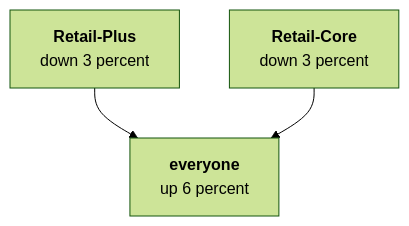
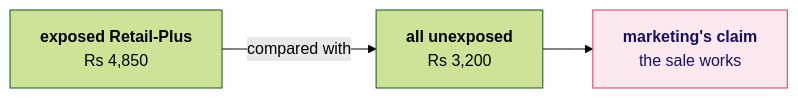
The seventh of 12 diagrams in content/W01/D4/slides/C2_W01_D04_half2_STUDENT.md (fde-academy-lab/c2-content-factory), drawn with Mermaid (forest theme) before and after one commit. The commit also changed other lines of this file and 26 other files, not shown here.

````diff
--- a/content/W01/D4/slides/C2_W01_D04_half2_STUDENT.md
+++ b/content/W01/D4/slides/C2_W01_D04_half2_STUDENT.md
@@ -85,5 +247,7 @@
 ```mermaid
-flowchart TB
-    A["<b>Retail-Plus</b><br/>down 3 percent"] --> C["<b>everyone</b><br/>up 6 percent"]
-    B["<b>Retail-Core</b><br/>down 3 percent"] --> C
+flowchart LR
+    A["<b>exposed Retail-Plus</b><br/>Rs 4,850"] -->|"compared with"| B["<b>all unexposed</b><br/>Rs 3,200"]
+    B --> C["<b>marketing's claim</b><br/>the sale works"]
+    classDef bad fill:#FBE9EF,stroke:#D63A6A,color:#1A0F5C
+    class C bad
 ```
````
